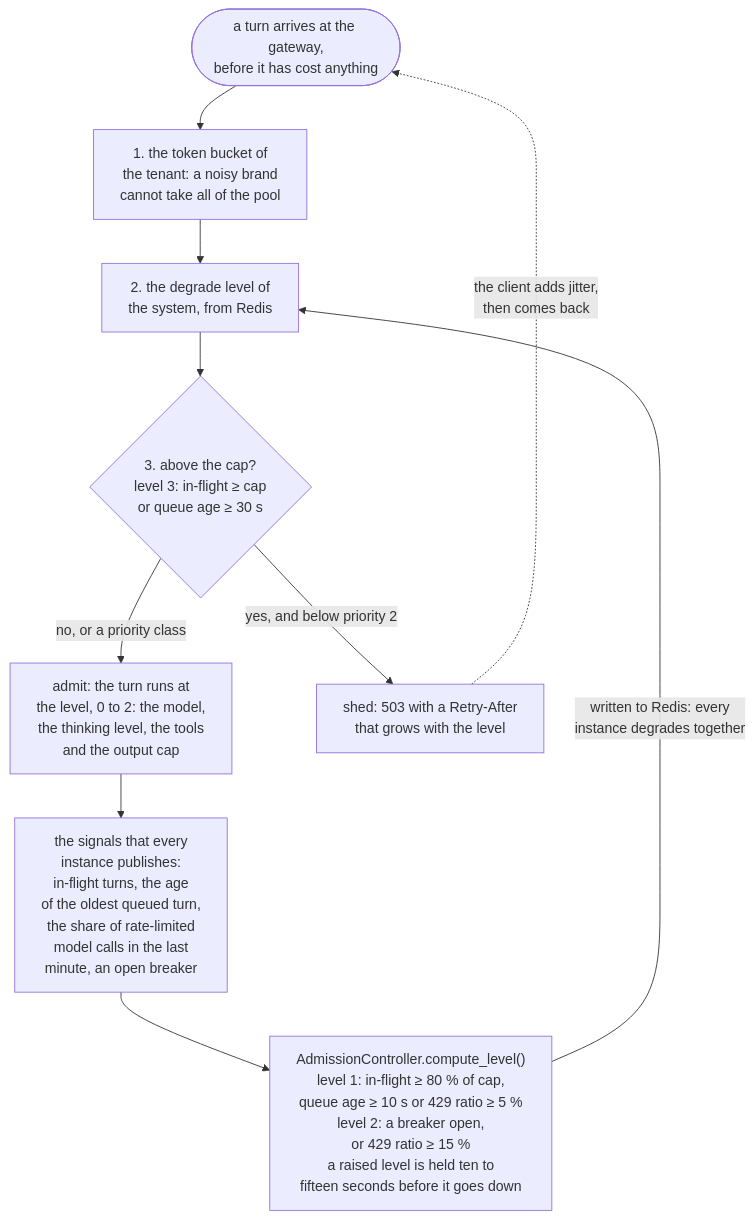
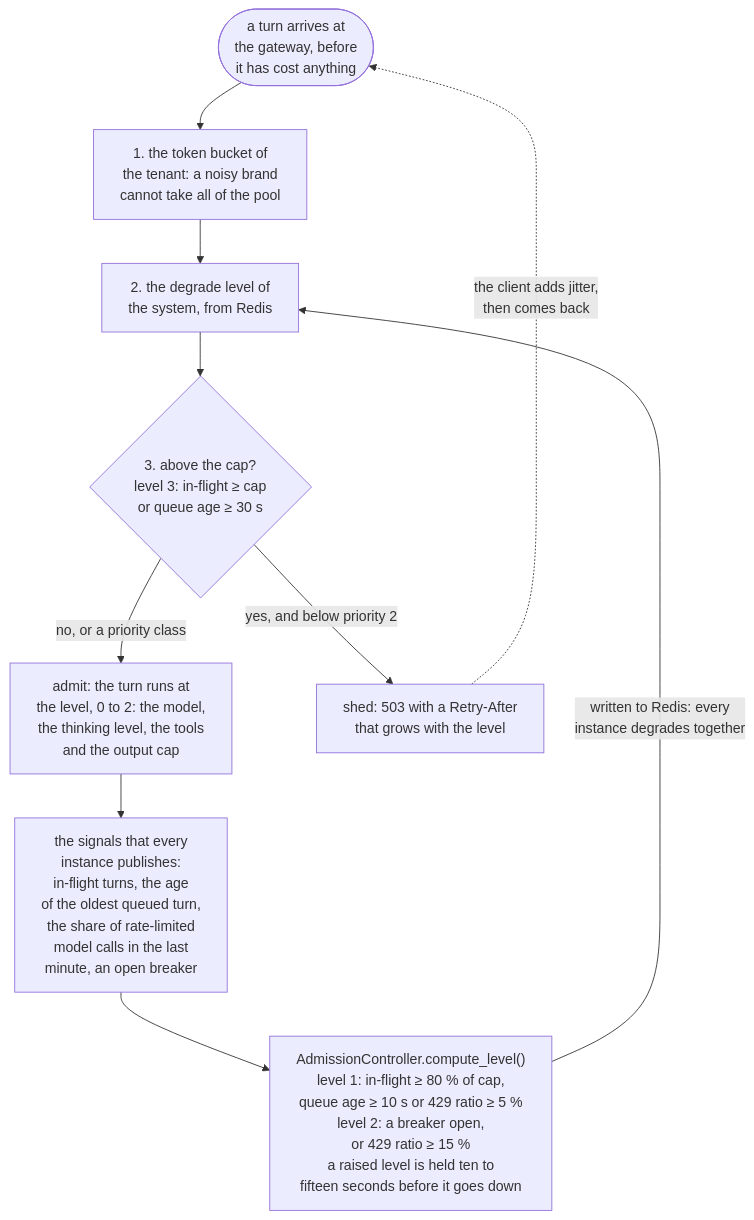
The third of 4 diagrams in 06-gateway/scaling-admission-cost/agentic-scaling-lab/docs/01-scaling-primer.md (aniryou/full-stack-agentic-engineer), drawn with Mermaid before and after one commit. The commit also changed other lines of this file and 29 other files, not shown here.

````diff
--- a/06-gateway/scaling-admission-cost/agentic-scaling-lab/docs/01-scaling-primer.md
+++ b/06-gateway/scaling-admission-cost/agentic-scaling-lab/docs/01-scaling-primer.md
@@ -421,12 +421,12 @@
 ```mermaid
 flowchart TB
-    T(["a turn arrives at the gateway,<br/>before it has cost anything"]) --> Q1["1. the token bucket of<br/>the tenant: a noisy brand<br/>cannot take all of the pool"]
+    T(["a turn arrives at<br/>the gateway, before<br/>it has cost anything"]) --> Q1["1. the token bucket of<br/>the tenant: a noisy brand<br/>cannot take all of the pool"]
     Q1 --> Q2["2. the degrade level of<br/>the system, from Redis"]
     Q2 --> Q3{"3. above the cap?<br/>level 3: in-flight ≥ cap<br/>or queue age ≥ 30 s"}
     Q3 -- "no, or a priority class" --> RUN["admit: the turn runs at<br/>the level, 0 to 2: the model,<br/>the thinking level, the tools<br/>and the output cap"]
     Q3 -- "yes, and below priority 2" --> SHED["shed: 503 with a Retry-After<br/>that grows with the level"]
     SHED -. "the client adds jitter,<br/>then comes back" .-> T
     RUN --> SIG["the signals that every<br/>instance publishes:<br/>in-flight turns, the age<br/>of the oldest queued turn,<br/>the share of rate-limited<br/>model calls in the last<br/>minute, an open breaker"]
     SIG --> LV["AdmissionController.compute_level()<br/>level 1: in-flight ≥ 80 % of cap,<br/>queue age ≥ 10 s or 429 ratio ≥ 5 %<br/>level 2: a breaker open,<br/>or 429 ratio ≥ 15 %<br/>a raised level is held ten to<br/>fifteen seconds before it goes down"]
     LV -- "written to Redis: every<br/>instance degrades together" --> Q2
 ```
````
